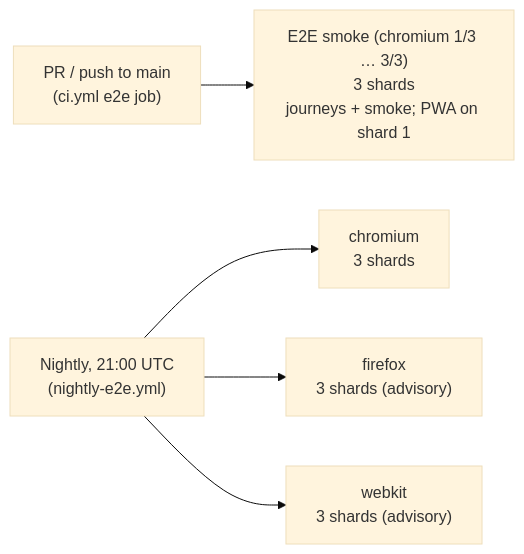
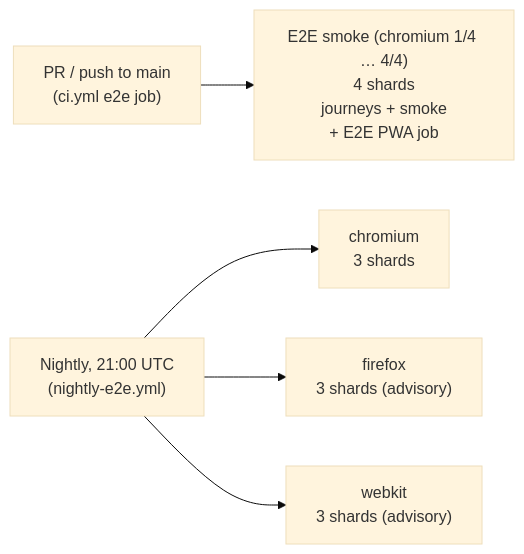
The ninth of 10 diagrams in README.md (tareq89/biddaloy), drawn with Mermaid (base theme) before and after one commit. The commit also changed other lines of this file and 5 other files, not shown here.

````diff
--- a/README.md
+++ b/README.md
@@ -869,7 +869,7 @@
 ```mermaid
 flowchart LR
-    PR["PR / push to main\n(ci.yml e2e job)"] --> C["E2E smoke (chromium 1/3 … 3/3)\n3 shards\njourneys + smoke; PWA on shard 1"]
+    PR["PR / push to main\n(ci.yml e2e job)"] --> C["E2E smoke (chromium 1/4 … 4/4)\n4 shards\njourneys + smoke\n+ E2E PWA job"]
     N["Nightly, 21:00 UTC\n(nightly-e2e.yml)"] --> CH["chromium\n3 shards"]
     N --> FF["firefox\n3 shards (advisory)"]
     N --> WK["webkit\n3 shards (advisory)"]
 ```
````
